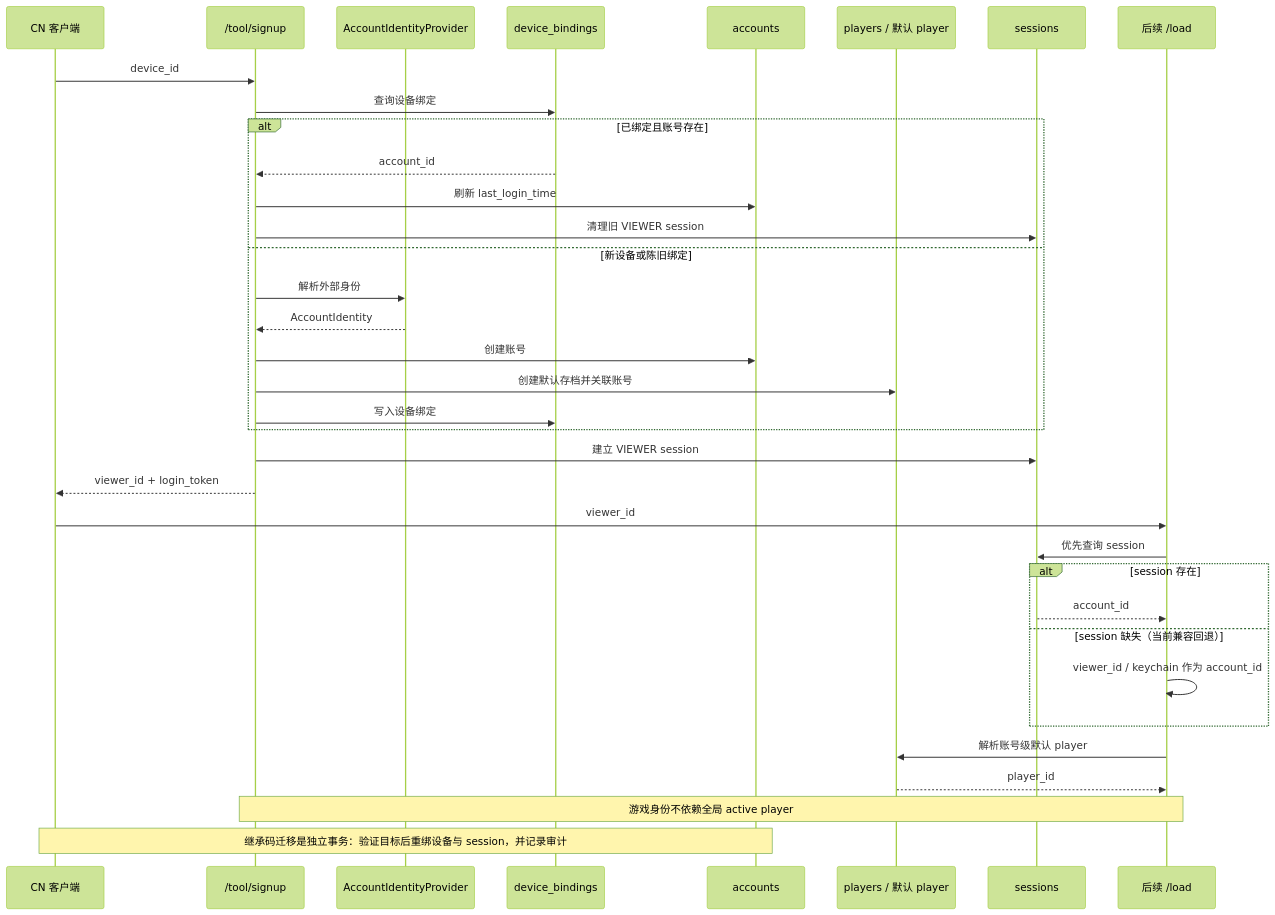
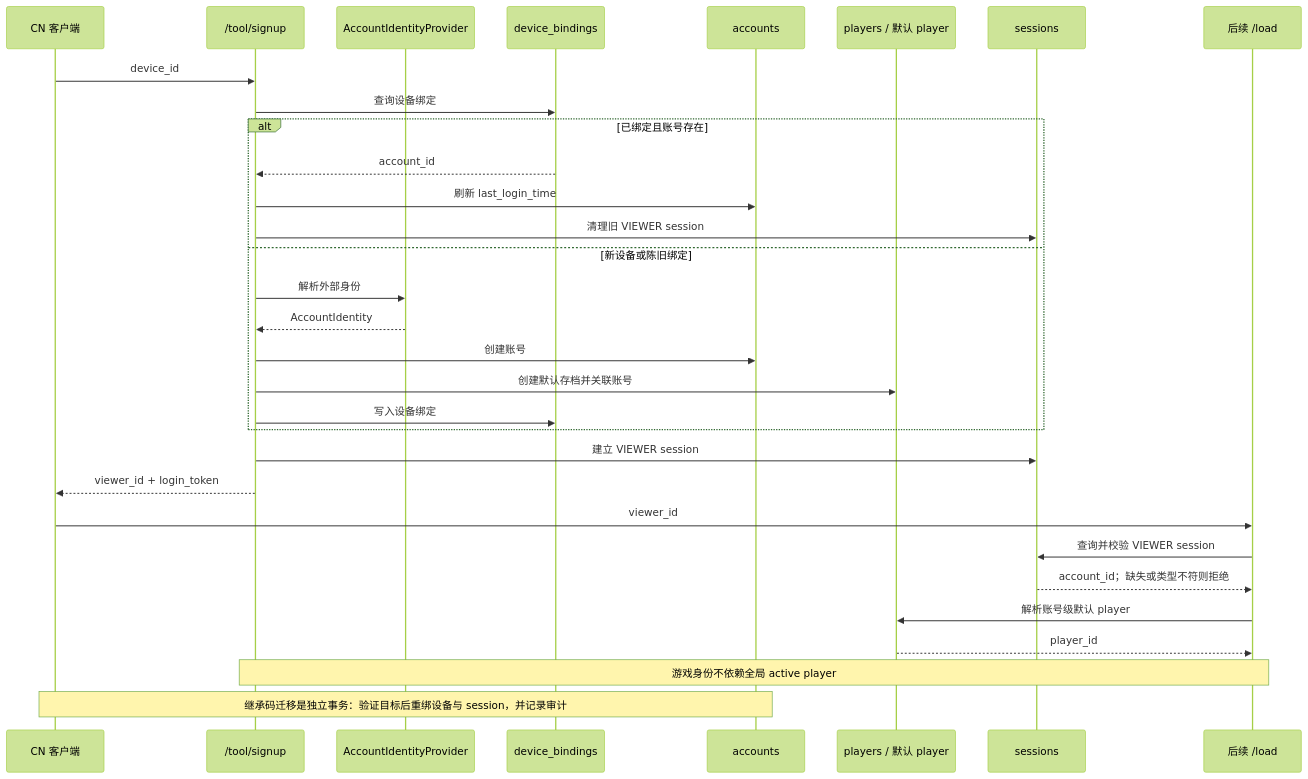
Before and after one commit to DontBeAlarmed/startpoint-cn: the first of 4 diagrams in docs/architecture/identity-time-and-load.md, drawn with Mermaid (forest theme). The commit also changed other lines of this file and 12 other files, not shown here.

````diff
--- a/docs/architecture/identity-time-and-load.md
+++ b/docs/architecture/identity-time-and-load.md
@@ -7,38 +7,34 @@
 ```mermaid
 sequenceDiagram
     participant C as CN 客户端
     participant S as /tool/signup
     participant I as AccountIdentityProvider
     participant D as device_bindings
     participant A as accounts
     participant P as players / 默认 player
     participant V as sessions
     participant L as 后续 /load
 
     C->>S: device_id
     S->>D: 查询设备绑定
     alt 已绑定且账号存在
         D-->>S: account_id
         S->>A: 刷新 last_login_time
         S->>V: 清理旧 VIEWER session
     else 新设备或陈旧绑定
         S->>I: 解析外部身份
         I-->>S: AccountIdentity
         S->>A: 创建账号
         S->>P: 创建默认存档并关联账号
         S->>D: 写入设备绑定
     end
     S->>V: 建立 VIEWER session
     S-->>C: viewer_id + login_token
     C->>L: viewer_id
-    L->>V: 优先查询 session
-    alt session 存在
-        V-->>L: account_id
-    else session 缺失（当前兼容回退）
-        L->>L: viewer_id / keychain 作为 account_id
-    end
+    L->>V: 查询并校验 VIEWER session
+    V-->>L: account_id；缺失或类型不符则拒绝
     L->>P: 解析账号级默认 player
     P-->>L: player_id
     Note over S,L: 游戏身份不依赖全局 active player
     Note over C,A: 继承码迁移是独立事务：验证目标后重绑设备与 session，并记录审计
 ```
````
